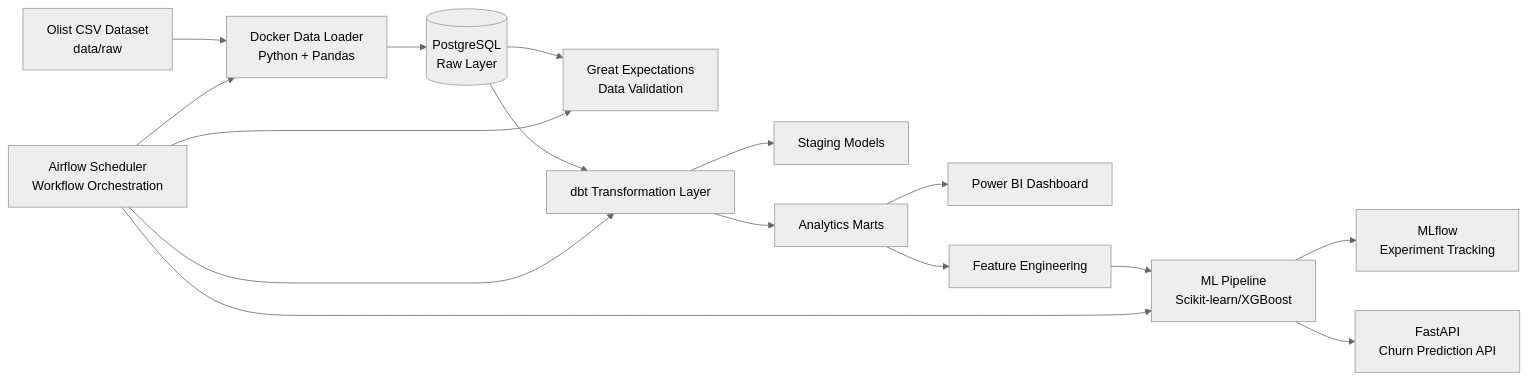
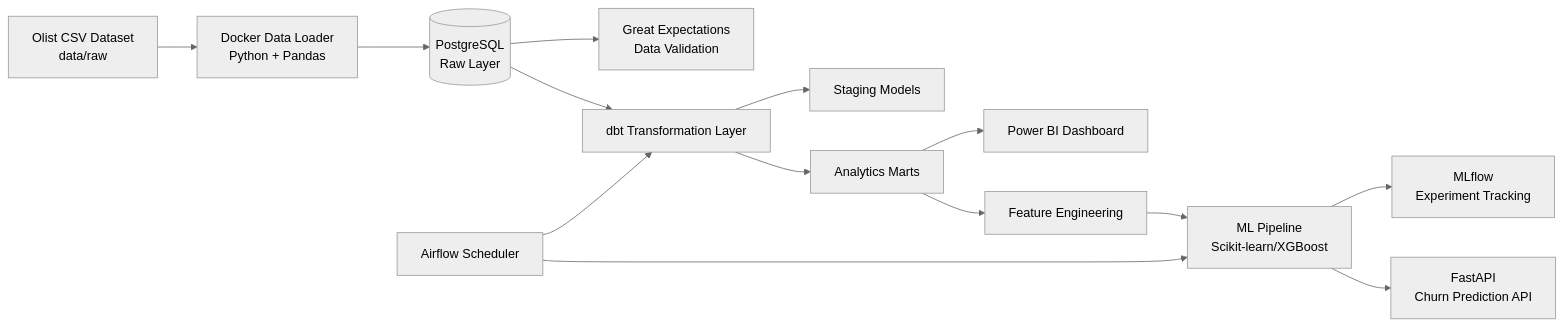
One commit to shokoufehyazdanian/Customer-Analytics-Platform changed the diagram in README.md. Above: the diagram before and after it, drawn with Mermaid (neutral theme). The commit also changed other lines of this file, not shown here.

````diff
--- a/README.md
+++ b/README.md
@@ -29,29 +29,28 @@
 ```mermaid
 flowchart LR
 
     A[Olist CSV Dataset<br/>data/raw] --> B[Docker Data Loader<br/>Python + Pandas]
 
     B --> C[(PostgreSQL<br/>Raw Layer)]
 
     C --> D[Great Expectations<br/>Data Validation]
 
     C --> E[dbt Transformation Layer]
 
     E --> E1[Staging Models]
     E --> E2[Analytics Marts]
 
     E2 --> F[Power BI Dashboard]
 
     E2 --> G[Feature Engineering]
 
     G --> H[ML Pipeline<br/>Scikit-learn/XGBoost]
 
     H --> I[MLflow<br/>Experiment Tracking]
 
     H --> J[FastAPI<br/>Churn Prediction API]
 
-    K[Airflow Scheduler<br/>Workflow Orchestration] --> B
-    K --> D
-    K --> E
+    K[Airflow Scheduler] --> E
     K --> H
+
 ```
````
